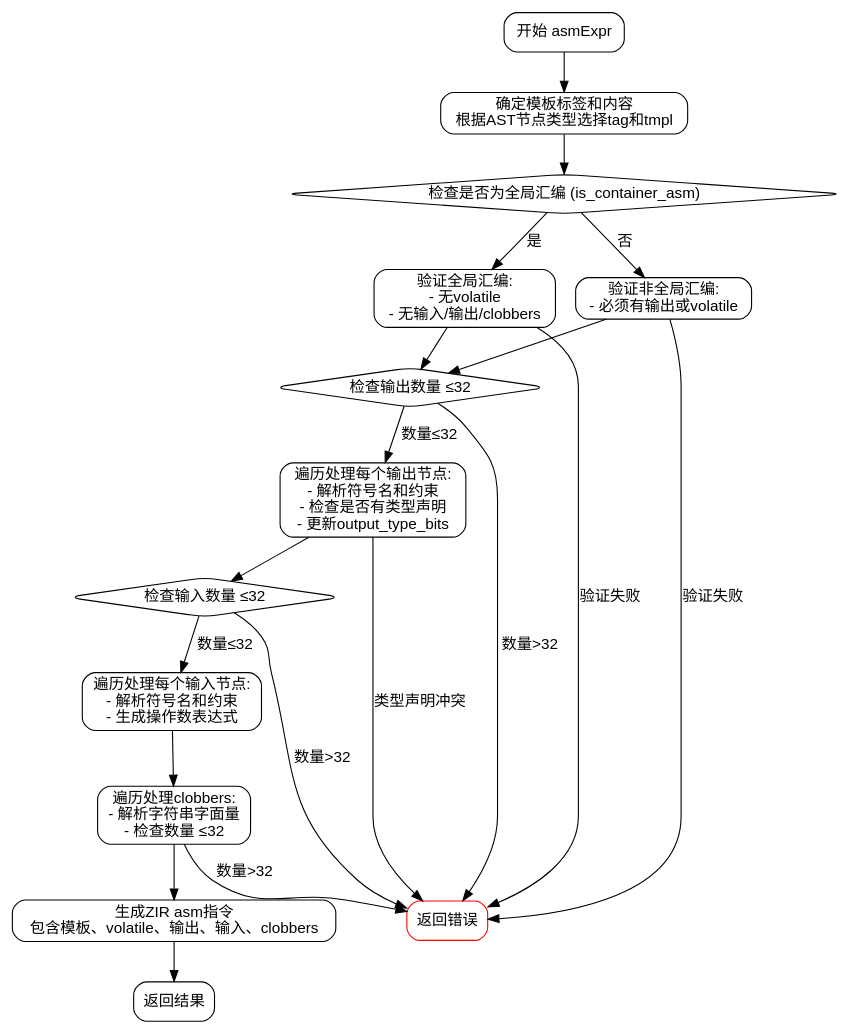
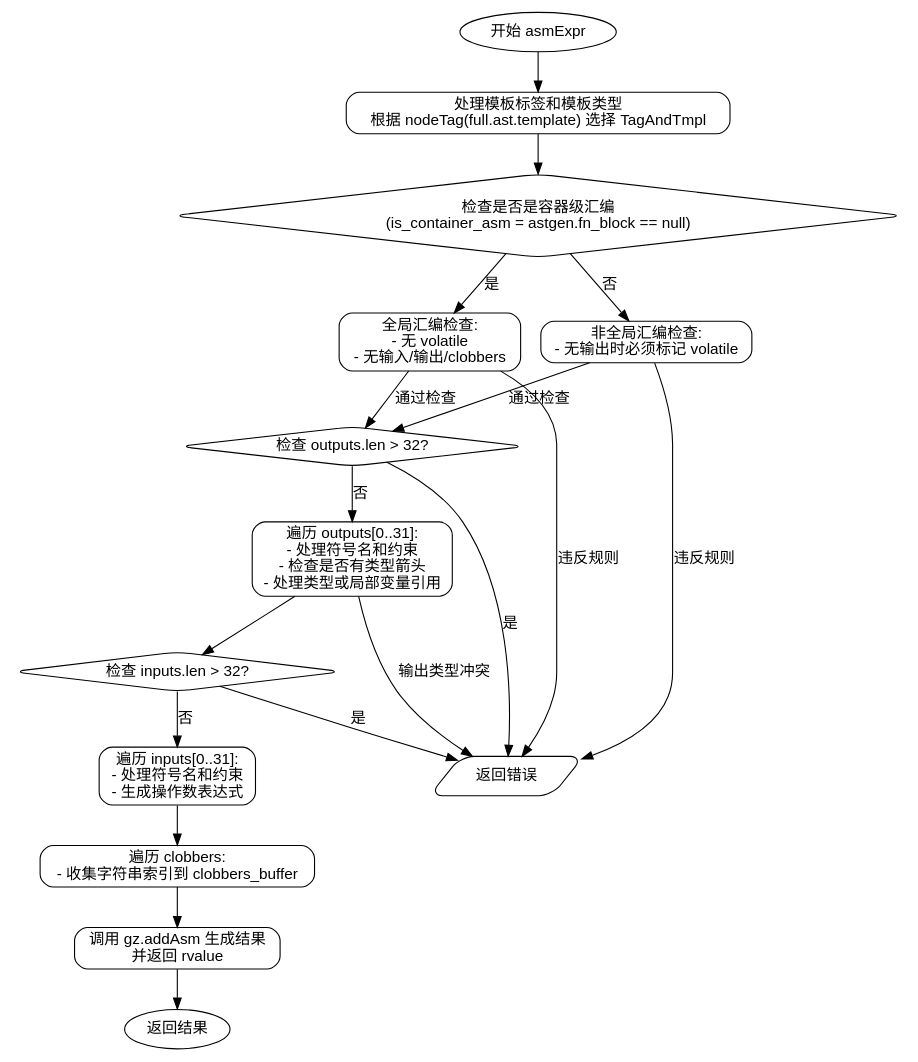
Before and after one commit to sdzx-1/deepseek-zig-reader: the diagram in dot_std/zig/AstGen.zig.asmExpr.md, drawn with Graphviz. The commit also changed other lines of this file and 236 other files, not shown here.

````diff
--- a/dot_std/zig/AstGen.zig.asmExpr.md
+++ b/dot_std/zig/AstGen.zig.asmExpr.md
@@ -47,46 +47,47 @@
-```dot
+```graphviz
 digraph flowchart {
-    node [shape=rectangle, style="rounded", fontname="Helvetica"];
+    node [fontname="Helvetica", shape=box, style=rounded];
     edge [fontname="Helvetica"];
 
-    start [label="开始 asmExpr"];
-    determine_tag [label="确定模板标签和内容\n根据AST节点类型选择tag和tmpl"];
-    check_global_asm [label="检查是否为全局汇编 (is_container_asm)", shape=diamond];
-    validate_global [label="验证全局汇编:\n- 无volatile\n- 无输入/输出/clobbers"];
-    validate_non_global [label="验证非全局汇编:\n- 必须有输出或volatile"];
-    check_output_count [label="检查输出数量 ≤32", shape=diamond];
-    process_outputs [label="遍历处理每个输出节点:\n- 解析符号名和约束\n- 检查是否有类型声明\n- 更新output_type_bits"];
-    check_input_count [label="检查输入数量 ≤32", shape=diamond];
-    process_inputs [label="遍历处理每个输入节点:\n- 解析符号名和约束\n- 生成操作数表达式"];
-    process_clobbers [label="遍历处理clobbers:\n- 解析字符串字面量\n- 检查数量 ≤32"];
-    generate_zir [label="生成ZIR asm指令\n包含模板、volatile、输出、输入、clobbers"];
-    return_result [label="返回结果"];
-    error_node [label="返回错误", color=red];
+    start [label="开始 asmExpr", shape=ellipse];
+    handle_template [label="处理模板标签和模板类型\n根据 nodeTag(full.ast.template) 选择 TagAndTmpl"];
+    check_container_asm [label="检查是否是容器级汇编\n(is_container_asm = astgen.fn_block == null)", shape=diamond];
+    container_asm_checks [label="全局汇编检查:\n- 无 volatile\n- 无输入/输出/clobbers"];
+    non_container_checks [label="非全局汇编检查:\n- 无输出时必须标记 volatile"];
+    check_outputs_count [label="检查 outputs.len > 32?", shape=diamond];
+    process_outputs [label="遍历 outputs[0..31]:\n- 处理符号名和约束\n- 检查是否有类型箭头\n- 处理类型或局部变量引用"];
+    check_inputs_count [label="检查 inputs.len > 32?", shape=diamond];
+    process_inputs [label="遍历 inputs[0..31]:\n- 处理符号名和约束\n- 生成操作数表达式"];
+    process_clobbers [label="遍历 clobbers:\n- 收集字符串索引到 clobbers_buffer"];
+    generate_result [label="调用 gz.addAsm 生成结果\n并返回 rvalue"];
+    error_node [label="返回错误", shape=parallelogram];
 
-    start -> determine_tag;
-    determine_tag -> check_global_asm;
+    start -> handle_template;
+    handle_template -> check_container_asm;
 
-    check_global_asm -> validate_global [label="是"];
-    validate_global -> check_output_count;
-    check_global_asm -> validate_non_global [label="否"];
-    validate_non_global -> check_output_count;
+    check_container_asm -> container_asm_checks [label="是"];
+    check_container_asm -> non_container_checks [label="否"];
 
-    check_output_count -> process_outputs [label="数量≤32"];
-    check_output_count -> error_node [label="数量>32"];
+    container_asm_checks -> check_outputs_count [label="通过检查"];
+    container_asm_checks -> error_node [label="违反规则"];
 
-    process_outputs -> check_input_count;
-    check_input_count -> process_inputs [label="数量≤32"];
-    check_input_count -> error_node [label="数量>32"];
+    non_container_checks -> check_outputs_count [label="通过检查"];
+    non_container_checks -> error_node [label="违反规则"];
+
+    check_outputs_count -> error_node [label="是"];
+    check_outputs_count -> process_outputs [label="否"];
+
+    process_outputs -> check_inputs_count;
+    process_outputs -> error_node [label="输出类型冲突"];
+
+    check_inputs_count -> error_node [label="是"];
+    check_inputs_count -> process_inputs [label="否"];
 
     process_inputs -> process_clobbers;
-    process_clobbers -> generate_zir;
 
-    generate_zir -> return_result;
+    process_clobbers -> generate_result;
+    generate_result -> end;
 
-    // 错误路径连接
-    validate_global -> error_node [label="验证失败"];
-    validate_non_global -> error_node [label="验证失败"];
-    process_outputs -> error_node [label="类型声明冲突"];
-    process_clobbers -> error_node [label="数量>32"];
+    end [label="返回结果", shape=ellipse];
 }
 ```
````
